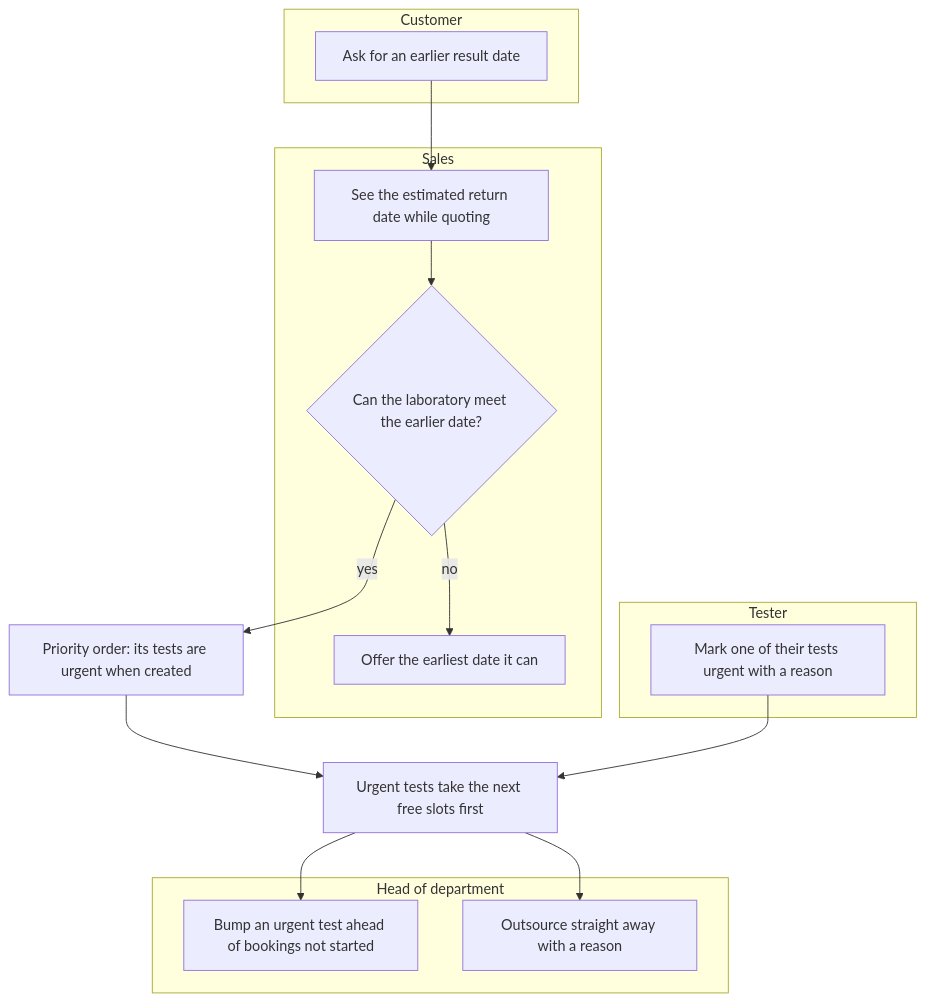
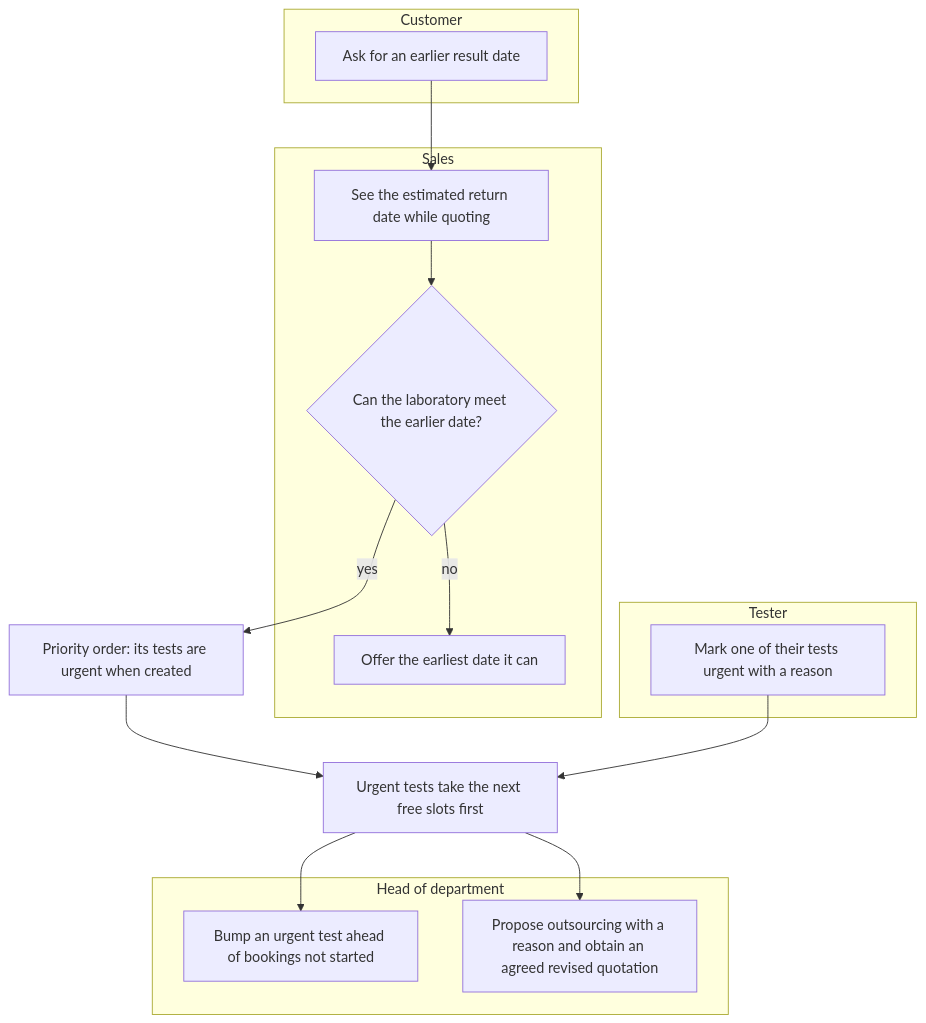
Before and after one commit to SoltuneMontepre/medilab: diagram 14 of 16 in docs/functional/business-flows.md, drawn with Mermaid. The commit also changed other lines of this file and 30 other files, not shown here.

````diff
--- a/docs/functional/business-flows.md
+++ b/docs/functional/business-flows.md
@@ -574,23 +614,23 @@
 ```mermaid
 flowchart TD
     subgraph lane31 ["Customer"]
         c1[Ask for an earlier result date]
     end
     subgraph lane32 ["Sales"]
         s1[See the estimated return date while quoting] --> s2{Can the laboratory meet the earlier date?}
         s2 -->|no| s3[Offer the earliest date it can]
     end
     subgraph lane33 ["Head of department"]
         h1[Bump an urgent test ahead of bookings not started]
-        h2[Outsource straight away with a reason]
+        h2[Propose outsourcing with a reason and obtain an agreed revised quotation]
     end
     subgraph lane34 ["Tester"]
         t1[Mark one of their tests urgent with a reason]
     end
     c1 --> s1
     s2 -->|yes| urgent["Priority order: its tests are urgent when created"]
     urgent --> queue[Urgent tests take the next free slots first]
     t1 --> queue
     queue --> h1
     queue --> h2
 ```
````
